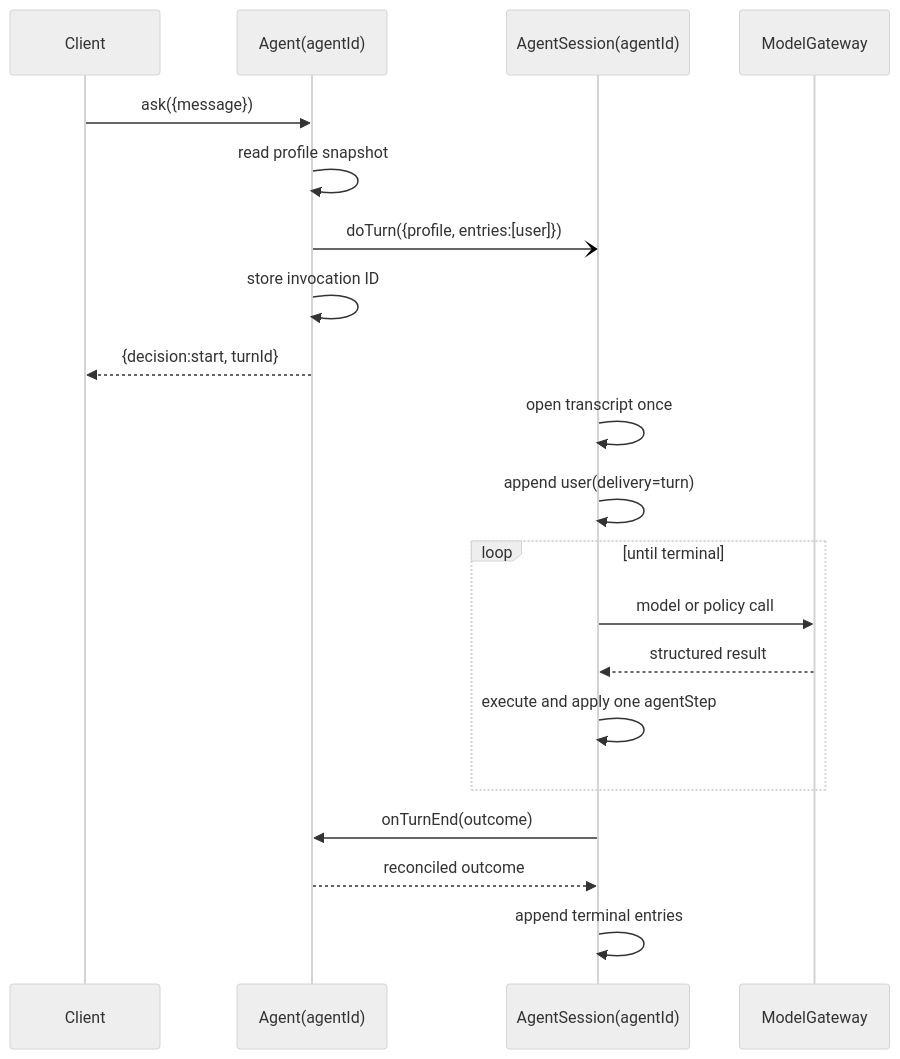
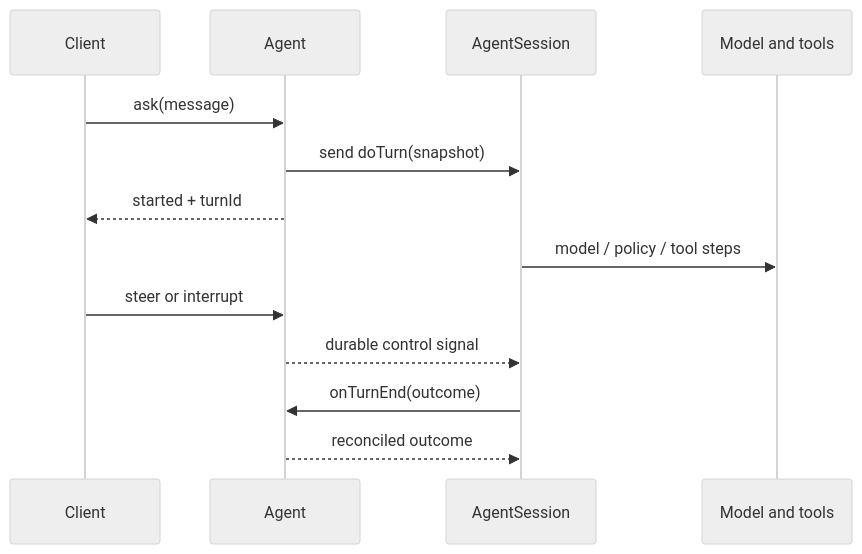
The diagram in docs/architecture.md (restatedev/agent), drawn with Mermaid (neutral theme) before and after one commit. The commit also changed other lines of this file and 112 other files, not shown here.

````diff
--- a/docs/architecture.md
+++ b/docs/architecture.md
@@ -260,24 +39,15 @@
 ```mermaid
 sequenceDiagram
   participant C as Client
-  participant A as Agent(agentId)
-  participant S as AgentSession(agentId)
-  participant G as ModelGateway
-
-  C->>A: ask({message})
-  A->>A: read profile snapshot
-  A-)S: doTurn({profile, entries:[user]})
-  A->>A: store invocation ID
-  A-->>C: {decision:start, turnId}
-
-  S->>S: open transcript once
-  S->>S: append user(delivery=turn)
-  loop until terminal
-    S->>G: model or policy call
-    G-->>S: structured result
-    S->>S: execute and apply one agentStep
-  end
+  participant A as Agent
+  participant S as AgentSession
+  participant M as Model and tools
+  C->>A: ask(message)
+  A->>S: send doTurn(snapshot)
+  A-->>C: started + turnId
+  S->>M: model / policy / tool steps
+  C->>A: steer or interrupt
+  A-->>S: durable control signal
   S->>A: onTurnEnd(outcome)
   A-->>S: reconciled outcome
-  S->>S: append terminal entries
 ```
````
